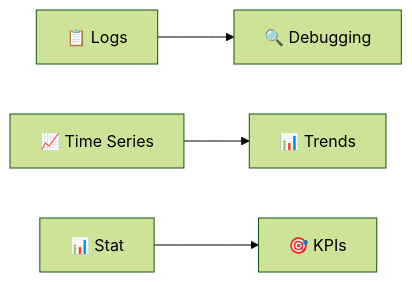
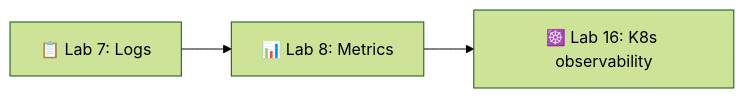
The tenth of 10 diagrams in lectures/lec7.md (inno-devops-labs/DevOps-Core-Course), drawn with Mermaid (forest theme) before and after one commit. The commit also changed other lines of this file and 24 other files, not shown here.

````diff
--- a/lectures/lec7.md
+++ b/lectures/lec7.md
@@ -612,6 +602,4 @@
 ```mermaid
 flowchart LR
-  Logs[📋 Logs] --> Debug[🔍 Debugging]
-  TimeSeries[📈 Time Series] --> Trends[📊 Trends]
-  Stat[📊 Stat] --> KPIs[🎯 KPIs]
+  L7[📋 Lab 7: Logs] --> L8[📊 Lab 8: Metrics] --> L16[☸️ Lab 16: K8s observability]
 ```
````
